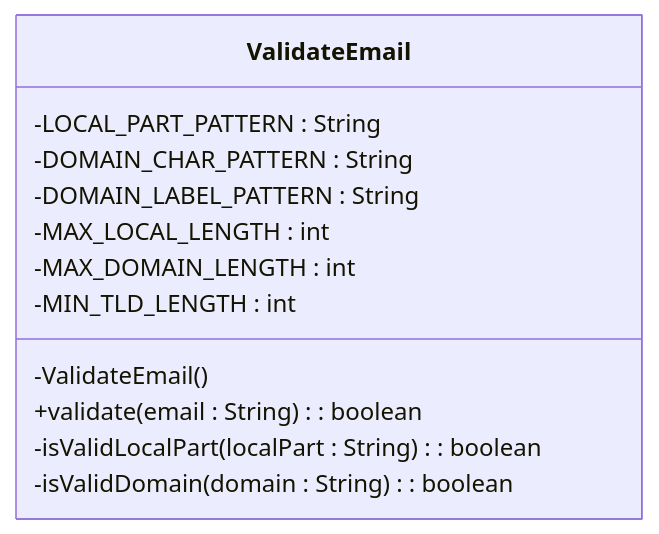
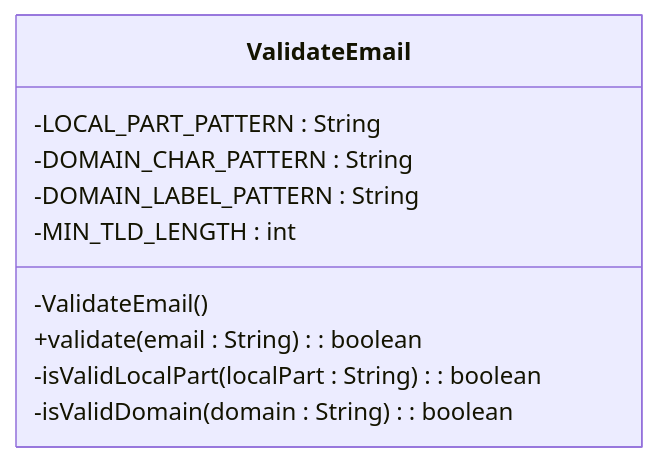
The diagram in ValidateEmail/validate-email-class.uml.mermaid (RenatoGarciaLopes/JavaIradoNoTxt), drawn with Mermaid before and after one commit. The commit also changed 13 other files, not shown here.

Commit message:
refactor: update UML diagrams and method signatures for ClientRegistration and ClientReport to enhance clarity and consistency

```diff
--- a/ValidateEmail/validate-email-class.uml.mermaid
+++ b/ValidateEmail/validate-email-class.uml.mermaid
@@ -1,13 +1,11 @@
 classDiagram
-class ValidateEmail {
-    -LOCAL_PART_PATTERN : String
-    -DOMAIN_CHAR_PATTERN : String
-    -DOMAIN_LABEL_PATTERN : String
-    -MAX_LOCAL_LENGTH : int
-    -MAX_DOMAIN_LENGTH : int
-    -MIN_TLD_LENGTH : int
-    -ValidateEmail()
-    +validate(email : String) : boolean
-    -isValidLocalPart(localPart : String) : boolean
-    -isValidDomain(domain : String) : boolean
-}
+    class ValidateEmail {
+        -LOCAL_PART_PATTERN : String
+        -DOMAIN_CHAR_PATTERN : String
+        -DOMAIN_LABEL_PATTERN : String
+        -MIN_TLD_LENGTH : int
+        -ValidateEmail()
+        +validate(email : String) : boolean
+        -isValidLocalPart(localPart : String) : boolean
+        -isValidDomain(domain : String) : boolean
+    }
```
